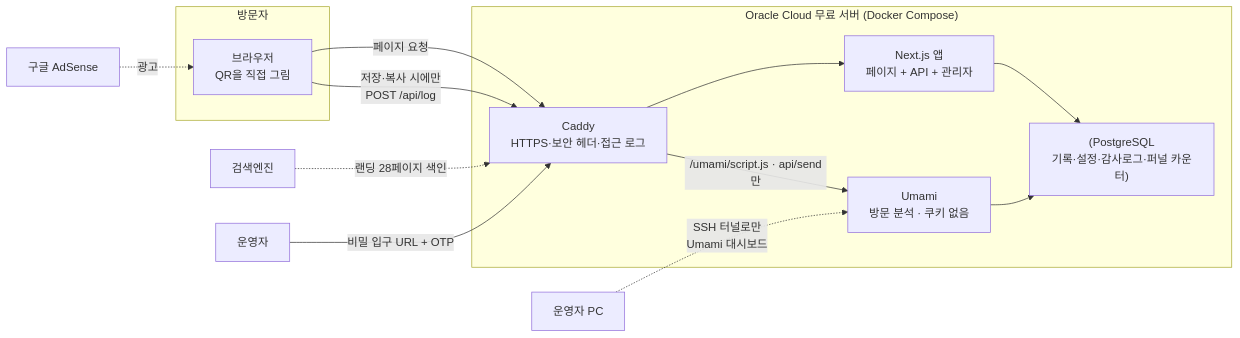
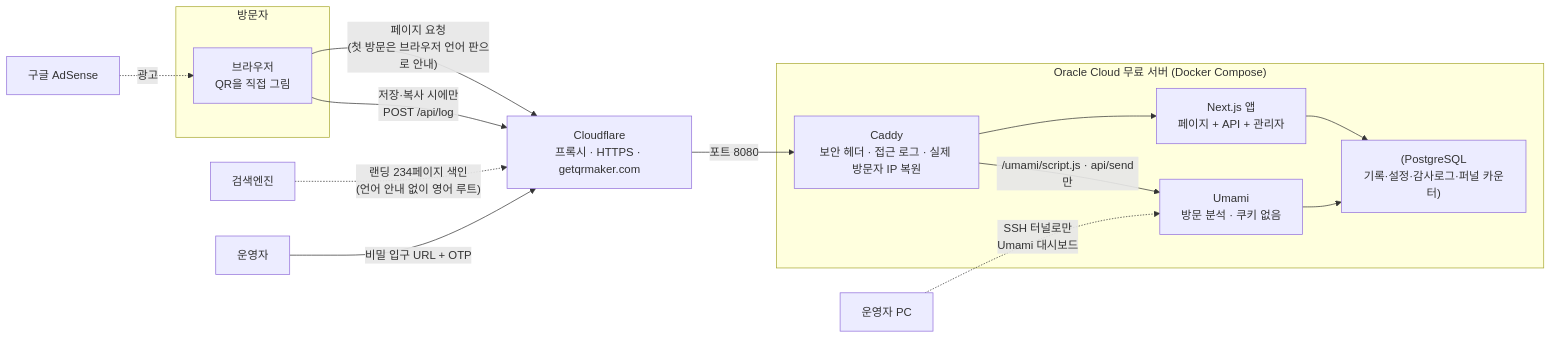
One commit to vittroi384/qr-web changed the first of 4 diagrams in docs/인수인계.md. Above: the diagram before and after it, drawn with Mermaid. The commit also changed other lines of this file and 6 other files, not shown here.

````diff
--- a/docs/인수인계.md
+++ b/docs/인수인계.md
@@ -47,20 +47,22 @@
 ```mermaid
 flowchart LR
   subgraph 방문자
     B[브라우저<br/>QR을 직접 그림]
   end
+  CF["Cloudflare<br/>프록시 · HTTPS · getqrmaker.com"]
   subgraph 서버["Oracle Cloud 무료 서버 (Docker Compose)"]
-    C[Caddy<br/>HTTPS·보안 헤더·접근 로그]
+    C["Caddy<br/>보안 헤더 · 접근 로그 · 실제 방문자 IP 복원"]
     A[Next.js 앱<br/>페이지 + API + 관리자]
     D["(PostgreSQL<br/>기록·설정·감사로그·퍼널 카운터)"]
     M[Umami<br/>방문 분석 · 쿠키 없음]
     C --> A --> D
     C -- "/umami/script.js · api/send만" --> M --> D
   end
-  B -- "페이지 요청" --> C
-  B -- "저장·복사 시에만<br/>POST /api/log" --> C
+  B -- "페이지 요청<br/>(첫 방문은 브라우저 언어 판으로 안내)" --> CF
+  B -- "저장·복사 시에만<br/>POST /api/log" --> CF
+  CF -- "포트 8080" --> C
   O2[운영자 PC] -. "SSH 터널로만<br/>Umami 대시보드" .-> M
   G[구글 AdSense] -. 광고 .-> B
-  S[검색엔진] -. 랜딩 28페이지 색인 .-> C
-  O[운영자] -- "비밀 입구 URL + OTP" --> C
+  S[검색엔진] -. "랜딩 234페이지 색인<br/>(언어 안내 없이 영어 루트)" .-> CF
+  O[운영자] -- "비밀 입구 URL + OTP" --> CF
 ```
````
